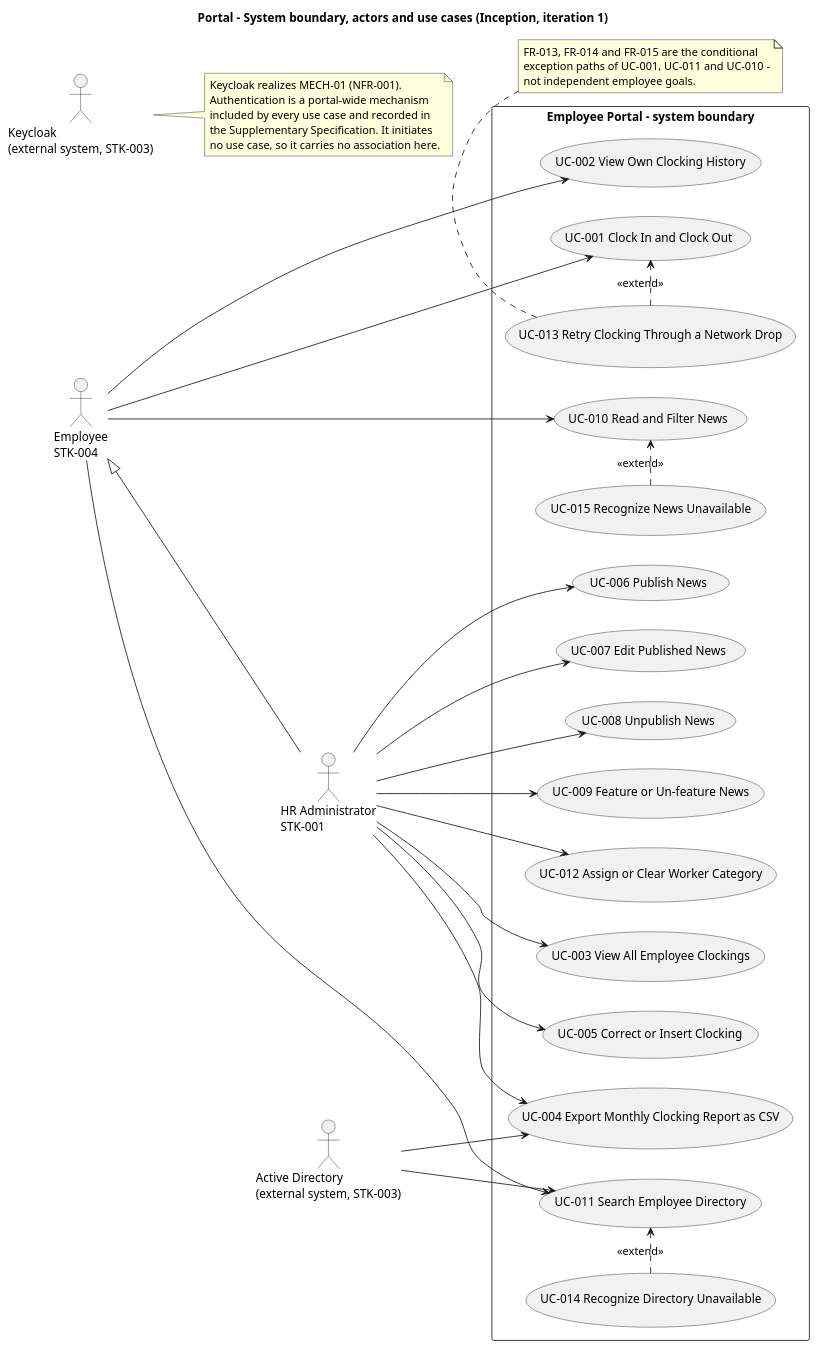
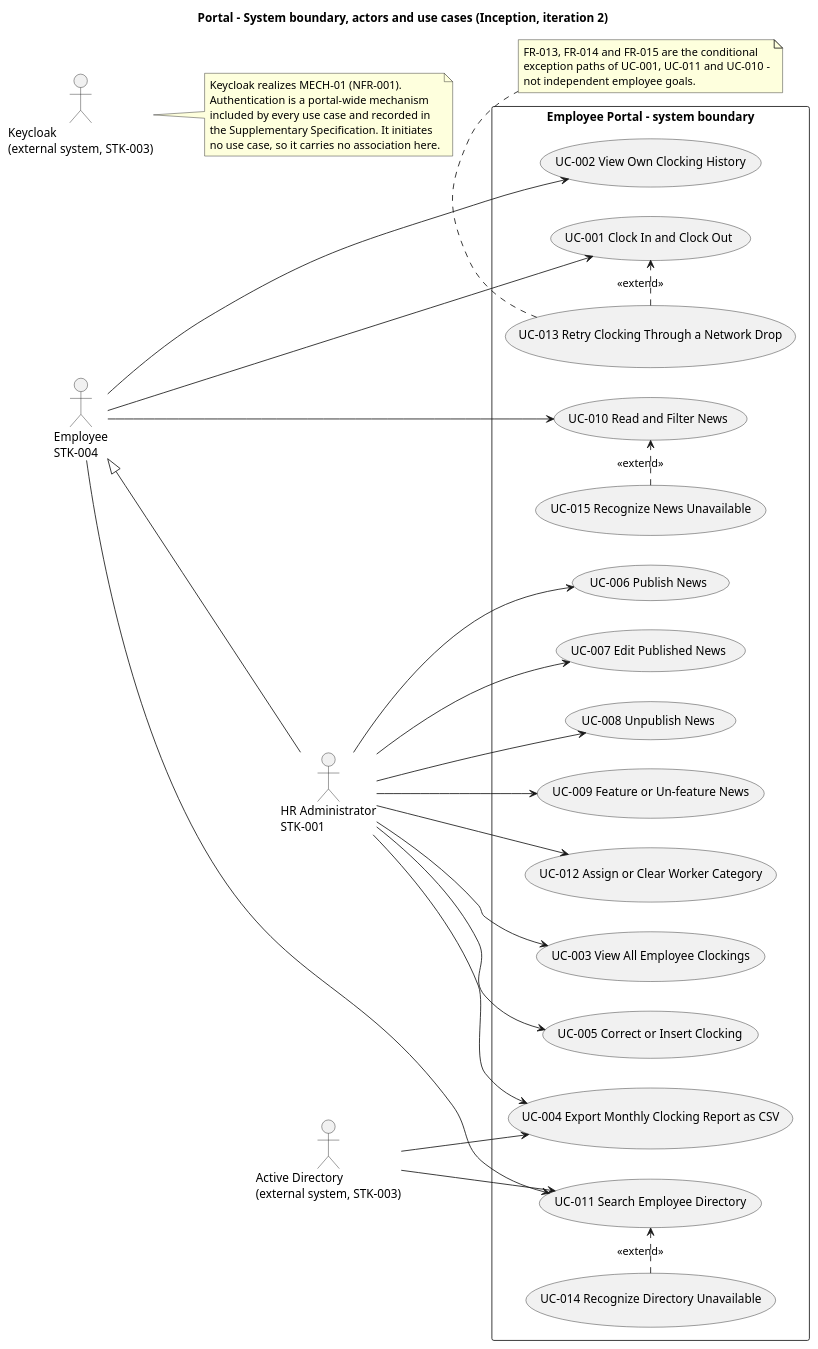
One commit to banense-test/portal changed the first of 6 diagrams in docs/artifacts/requirements/use-case-model.md. Above: the diagram before and after it, drawn with PlantUML. The commit also changed other lines of this file, not shown here.

Commit message:
System Analyst [I2]: upsert Use-Case Model
[skip ci]

````diff
--- a/docs/artifacts/requirements/use-case-model.md
+++ b/docs/artifacts/requirements/use-case-model.md
@@ -11,66 +10,66 @@
 ```plantuml
 @startuml
-title Portal - System boundary, actors and use cases (Inception, iteration 1)
+title Portal - System boundary, actors and use cases (Inception, iteration 2)
 
 left to right direction
 
 actor "Employee\nSTK-004" as EMP
 actor "HR Administrator\nSTK-001" as HR
 actor "Active Directory\n(external system, STK-003)" as AD
 actor "Keycloak\n(external system, STK-003)" as KC
 
 EMP <|-- HR
 
 rectangle "Employee Portal - system boundary" {
   usecase "UC-001 Clock In and Clock Out" as UC001
   usecase "UC-002 View Own Clocking History" as UC002
   usecase "UC-003 View All Employee Clockings" as UC003
   usecase "UC-004 Export Monthly Clocking Report as CSV" as UC004
   usecase "UC-005 Correct or Insert Clocking" as UC005
   usecase "UC-006 Publish News" as UC006
   usecase "UC-007 Edit Published News" as UC007
   usecase "UC-008 Unpublish News" as UC008
   usecase "UC-009 Feature or Un-feature News" as UC009
   usecase "UC-010 Read and Filter News" as UC010
   usecase "UC-011 Search Employee Directory" as UC011
   usecase "UC-012 Assign or Clear Worker Category" as UC012
   usecase "UC-013 Retry Clocking Through a Network Drop" as UC013
   usecase "UC-014 Recognize Directory Unavailable" as UC014
   usecase "UC-015 Recognize News Unavailable" as UC015
 }
 
 EMP --> UC001
 EMP --> UC002
 EMP --> UC010
 EMP --> UC011
 HR --> UC003
 HR --> UC004
 HR --> UC005
 HR --> UC006
 HR --> UC007
 HR --> UC008
 HR --> UC009
 HR --> UC012
 
 UC013 .> UC001 : <<extend>>
 UC014 .> UC011 : <<extend>>
 UC015 .> UC010 : <<extend>>
 
 AD --> UC011
 AD --> UC004
 
 note right of KC
   Keycloak realizes MECH-01 (NFR-001).
   Authentication is a portal-wide mechanism
   included by every use case and recorded in
   the Supplementary Specification. It initiates
   no use case, so it carries no association here.
 end note
 
 note bottom of UC013
   FR-013, FR-014 and FR-015 are the conditional
   exception paths of UC-001, UC-011 and UC-010 -
   not independent employee goals.
 end note
 @enduml
 ```
````
